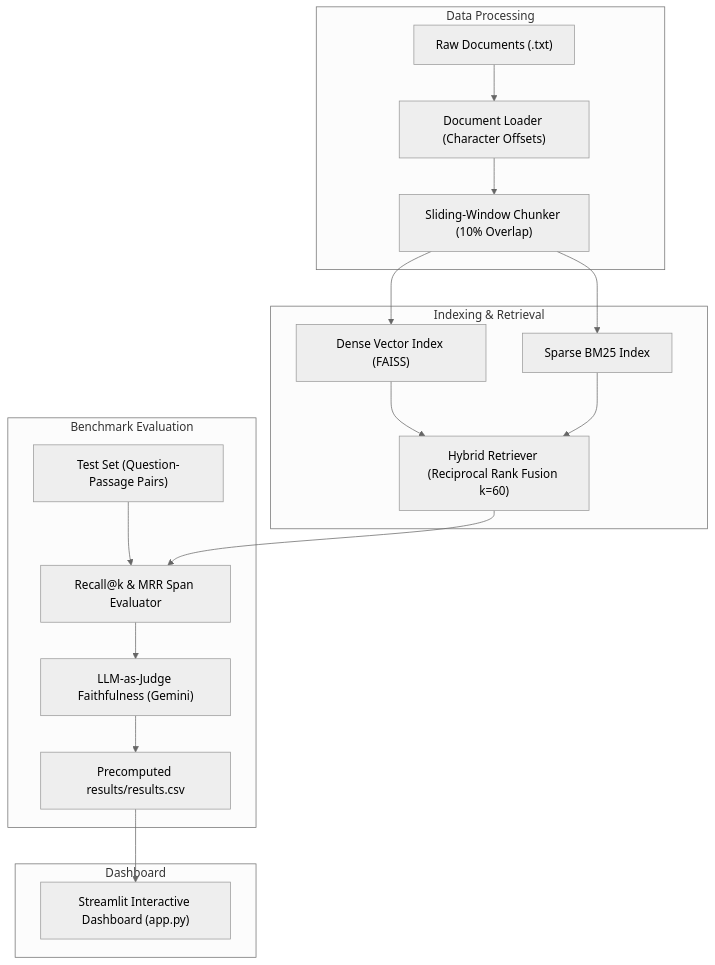
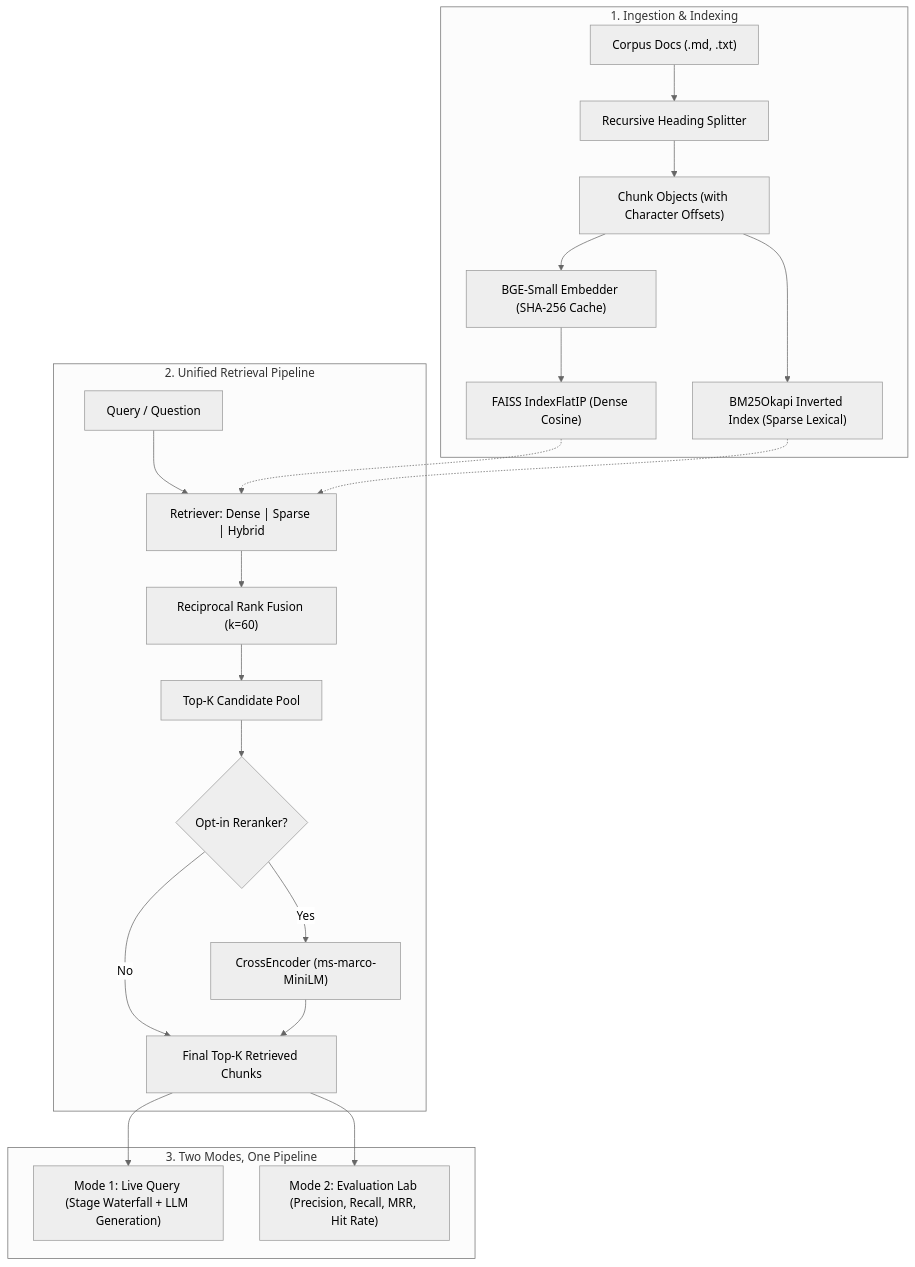
One commit to Shauryakant/Rag-Evaluation-System changed the diagram in README.md. Above: the diagram before and after it, drawn with Mermaid (neutral theme). The commit also changed other lines of this file and 5 other files, not shown here.

````diff
--- a/README.md
+++ b/README.md
@@ -11,24 +16,27 @@
 ```mermaid
 flowchart TD
-    subgraph Data Processing
-        A["Raw Documents (.txt)"] --> B["Document Loader (Character Offsets)"]
-        B --> C["Sliding-Window Chunker (10% Overlap)"]
+    subgraph Ingestion ["1. Ingestion & Indexing"]
+        Docs["Corpus Docs (.md, .txt)"] --> Splitter["Recursive Heading Splitter"]
+        Splitter --> Chunks["Chunk Objects (with Character Offsets)"]
+        Chunks --> Embedder["BGE-Small Embedder (SHA-256 Cache)"]
+        Embedder --> FAISS["FAISS IndexFlatIP (Dense Cosine)"]
+        Chunks --> BM25["BM25Okapi Inverted Index (Sparse Lexical)"]
     end
 
-    subgraph Indexing & Retrieval
-        C --> D1["Dense Vector Index (FAISS)"]
-        C --> D2["Sparse BM25 Index"]
-        D1 & D2 --> E["Hybrid Retriever (Reciprocal Rank Fusion k=60)"]
+    subgraph Retrieval ["2. Unified Retrieval Pipeline"]
+        Query["Query / Question"] --> BaseRetriever["Retriever: Dense | Sparse | Hybrid"]
+        FAISS -.-> BaseRetriever
+        BM25 -.-> BaseRetriever
+        BaseRetriever --> RRF["Reciprocal Rank Fusion (k=60)"]
+        RRF --> Candidates["Top-K Candidate Pool"]
+        Candidates --> RerankChoice{"Opt-in Reranker?"}
+        RerankChoice -- Yes --> CrossEncoder["CrossEncoder (ms-marco-MiniLM)"]
+        RerankChoice -- No --> FinalChunks["Final Top-K Retrieved Chunks"]
+        CrossEncoder --> FinalChunks
     end
 
-    subgraph Benchmark Evaluation
-        F["Test Set (Question-Passage Pairs)"] --> G["Recall@k & MRR Span Evaluator"]
-        E --> G
-        G --> H["LLM-as-Judge Faithfulness (Gemini)"]
-        H --> I["Precomputed results/results.csv"]
-    end
-
-    subgraph Dashboard
-        I --> J["Streamlit Interactive Dashboard (app.py)"]
+    subgraph Modes ["3. Two Modes, One Pipeline"]
+        FinalChunks --> ModeA["Mode 1: Live Query (Stage Waterfall + LLM Generation)"]
+        FinalChunks --> ModeB["Mode 2: Evaluation Lab (Precision, Recall, MRR, Hit Rate)"]
     end
 ```
````
